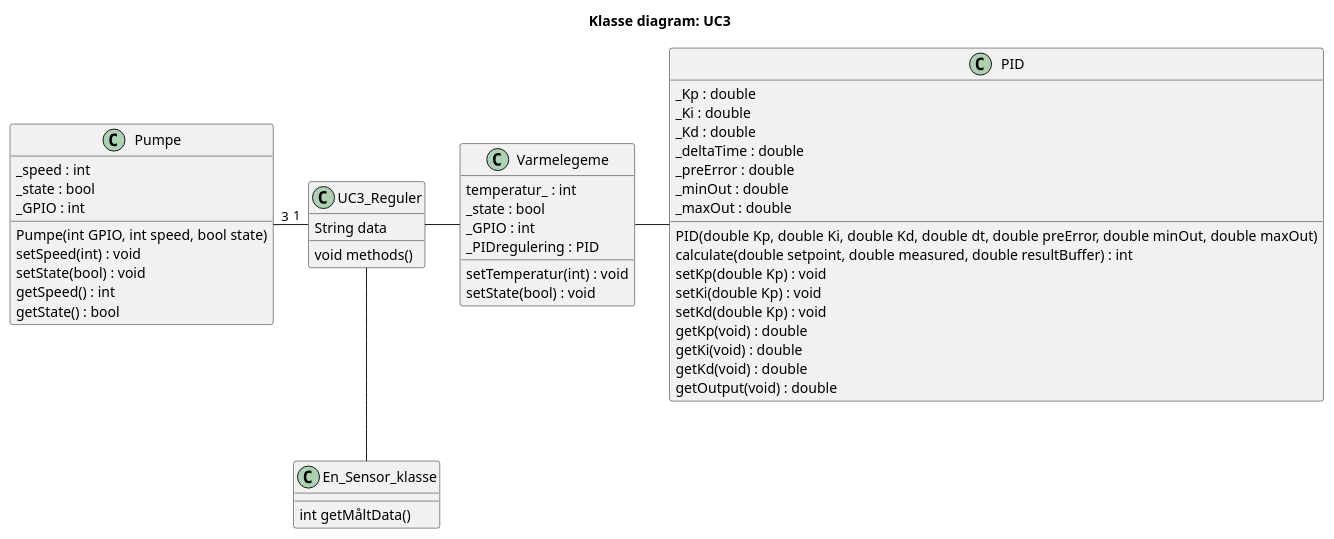
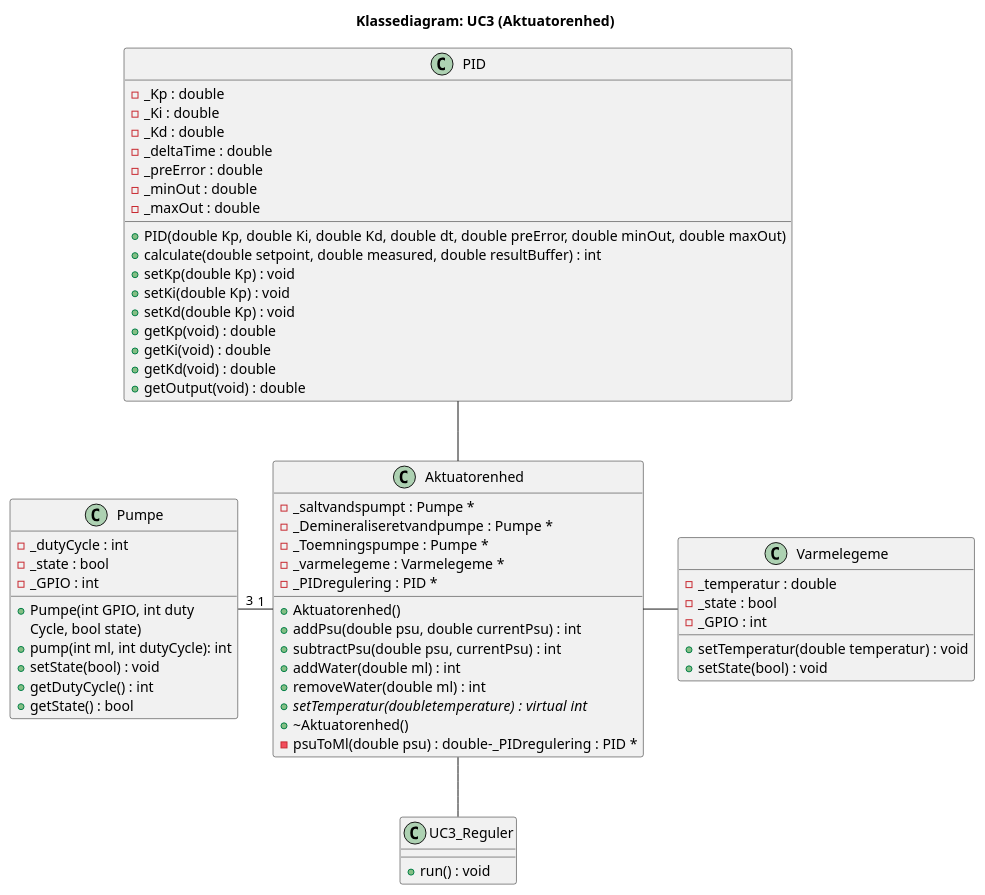
The diagram in Design/Akutuator enhed/Domnaemodel_AE/classe_diagram_pumper_varmelegeme.wsd (Solvgraa-mager/E4PRJ4), drawn with PlantUML before and after one commit. The commit also changed 1 other file, not shown here.

Commit message:
AE classediagrammer

```diff
--- a/Design/Akutuator enhed/Domnaemodel_AE/classe_diagram_pumper_varmelegeme.wsd
+++ b/Design/Akutuator enhed/Domnaemodel_AE/classe_diagram_pumper_varmelegeme.wsd
@@ -1,62 +1,77 @@
 @startuml
-title Klasse diagram: UC3
+title Klassediagram: UC3 (Aktuatorenhed)
 
 
 class Pumpe {
-  _speed : int
-  _state : bool
-  _GPIO : int
+  - _dutyCycle : int
+  - _state : bool
+  - _GPIO : int
 
-  Pumpe(int GPIO, int speed, bool state)
-  setSpeed(int) : void
-  setState(bool) : void
-  getSpeed() : int
-  getState() : bool
+  +Pumpe(int GPIO, int duty
+  Cycle, bool state)
+  +pump(int ml, int dutyCycle): int
+  +setState(bool) : void
+  +getDutyCycle() : int
+  +getState() : bool
 }
 
 class Varmelegeme {
-  temperatur_ : int
-  _state : bool 
-  _GPIO : int
-  _PIDregulering : PID 
+  -_temperatur : double
+  -_state : bool 
+  -_GPIO : int
 
-  setTemperatur(int) : void
-  setState(bool) : void
+  +setTemperatur(double temperatur) : void
+  +setState(bool) : void
 }
 class PID
 {
-  _Kp : double
-  _Ki : double
-  _Kd : double
-  _deltaTime : double
-  _preError : double
-  _minOut : double
-  _maxOut : double
+  -_Kp : double
+  -_Ki : double
+  -_Kd : double
+  -_deltaTime : double
+  -_preError : double
+  -_minOut : double
+  -_maxOut : double
 
-  PID(double Kp, double Ki, double Kd, double dt, double preError, double minOut, double maxOut)
-  calculate(double setpoint, double measured, double resultBuffer) : int
-  setKp(double Kp) : void
-  setKi(double Kp) : void
-  setKd(double Kp) : void
-  getKp(void) : double
-  getKi(void) : double
-  getKd(void) : double
-  getOutput(void) : double
+  +PID(double Kp, double Ki, double Kd, double dt, double preError, double minOut, double maxOut)
+  +calculate(double setpoint, double measured, double resultBuffer) : int
+  +setKp(double Kp) : void
+  +setKi(double Kp) : void
+  +setKd(double Kp) : void
+  +getKp(void) : double
+  +getKi(void) : double
+  +getKd(void) : double
+  +getOutput(void) : double
 }
 
 class UC3_Reguler {
-  String data
-  void methods()
+  +run() : void 
 }
 
-class En_Sensor_klasse{
-  int getMåltData()
+
+class Aktuatorenhed
+{
+  -_saltvandspumpt : Pumpe *
+  -_Demineraliseretvandpumpe : Pumpe * 
+  -_Toemningspumpe : Pumpe * 
+  -_varmelegeme : Varmelegeme *
+  -_PIDregulering : PID *
+
+  + Aktuatorenhed()
+  + addPsu(double psu, double currentPsu) : int
+  + subtractPsu(double psu, currentPsu) : int
+  + addWater(double ml) : int
+  + removeWater(double ml) : int
+  + setTemperatur(doubletemperature) :  virtual int{abstract}
+  + ~Aktuatorenhed()
+  - psuToMl(double psu) : double-_PIDregulering : PID *
 
 }
 
-Varmelegeme - PID
-Pumpe "3" - "1" UC3_Reguler
-UC3_Reguler - Varmelegeme
-UC3_Reguler -- En_Sensor_klasse
+PID -- Aktuatorenhed
+Aktuatorenhed -- UC3_Reguler
+Pumpe "3" - "1" Aktuatorenhed
+Aktuatorenhed - Varmelegeme
+
 
 @enduml
```
